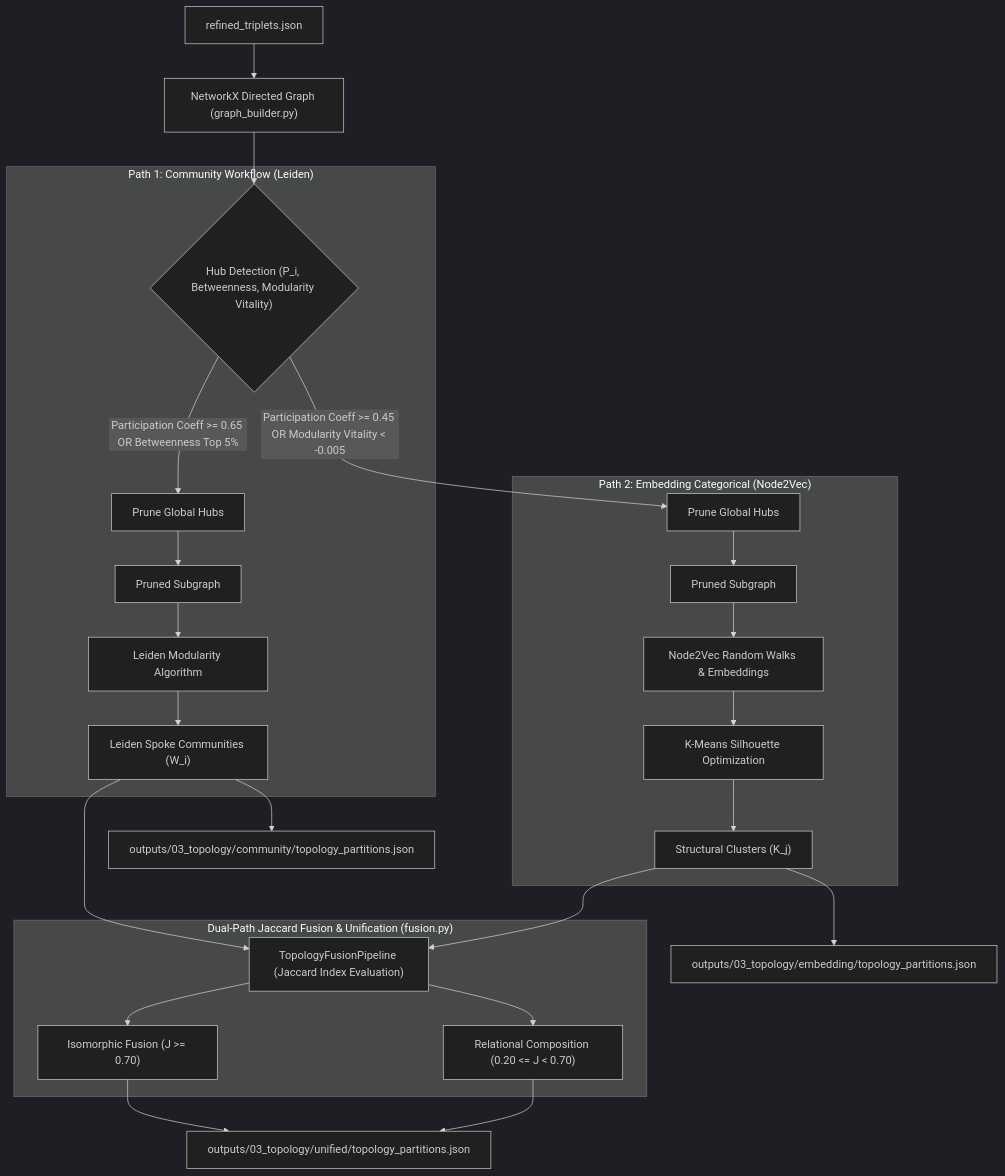
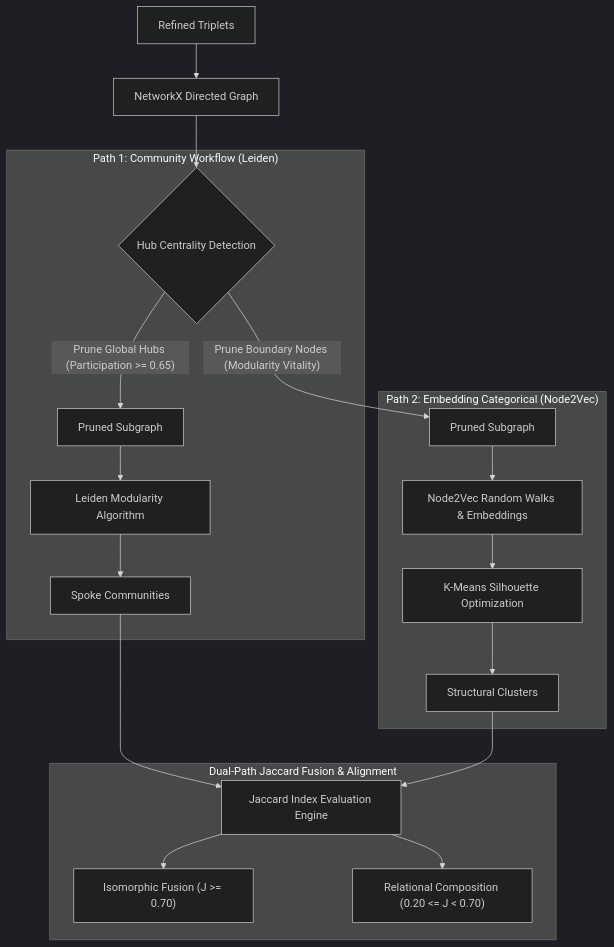
The second of 3 diagrams in README.md (childmindresearch/SemanticPrism), drawn with Mermaid (dark theme) before and after one commit. The commit also changed other lines of this file and 15 other files, not shown here.

````diff
--- a/README.md
+++ b/README.md
@@ -83,32 +73,25 @@
 ```mermaid
 graph TD
-    Triplets["refined_triplets.json"] --> Graph["NetworkX Directed Graph (graph_builder.py)"]
-    Graph --> HubDetect{"Hub Detection (P_i, Betweenness, Modularity Vitality)"}
+    Triplets["Refined Triplets"] --> Graph["NetworkX Directed Graph"]
+    Graph --> HubDetect{"Hub Centrality Detection"}
     
     subgraph path1 ["Path 1: Community Workflow (Leiden)"]
-        HubDetect -->|"Participation Coeff >= 0.65 OR Betweenness Top 5%"| Hubs1["Prune Global Hubs"]
-        Hubs1 --> GraphPruned1["Pruned Subgraph"]
+        HubDetect -->|"Prune Global Hubs (Participation >= 0.65)"| GraphPruned1["Pruned Subgraph"]
         GraphPruned1 --> Leiden["Leiden Modularity Algorithm"]
-        Leiden --> CommPart["Leiden Spoke Communities (W_i)"]
+        Leiden --> CommPart["Spoke Communities"]
     end
 
     subgraph path2 ["Path 2: Embedding Categorical (Node2Vec)"]
-        HubDetect -->|"Participation Coeff >= 0.45 OR Modularity Vitality < -0.005"| Hubs2["Prune Global Hubs"]
-        Hubs2 --> GraphPruned2["Pruned Subgraph"]
+        HubDetect -->|"Prune Boundary Nodes (Modularity Vitality)"| GraphPruned2["Pruned Subgraph"]
         GraphPruned2 --> Node2Vec["Node2Vec Random Walks & Embeddings"]
         Node2Vec --> KMeans["K-Means Silhouette Optimization"]
-        KMeans --> StructPart["Structural Clusters (K_j)"]
+        KMeans --> StructPart["Structural Clusters"]
     end
 
-    subgraph fusion_module ["Dual-Path Jaccard Fusion & Unification (fusion.py)"]
-        CommPart --> JaccardEngine["TopologyFusionPipeline (Jaccard Index Evaluation)"]
+    subgraph fusion_module ["Dual-Path Jaccard Fusion & Alignment"]
+        CommPart --> JaccardEngine["Jaccard Index Evaluation Engine"]
         StructPart --> JaccardEngine
         JaccardEngine --> IsoFusion["Isomorphic Fusion (J >= 0.70)"]
         JaccardEngine --> RelComp["Relational Composition (0.20 <= J < 0.70)"]
     end
-    
-    CommPart --> S3_Comm["outputs/03_topology/community/topology_partitions.json"]
-    StructPart --> S3_Emb["outputs/03_topology/embedding/topology_partitions.json"]
-    IsoFusion --> S3_Unif["outputs/03_topology/unified/topology_partitions.json"]
-    RelComp --> S3_Unif
 ```
````
